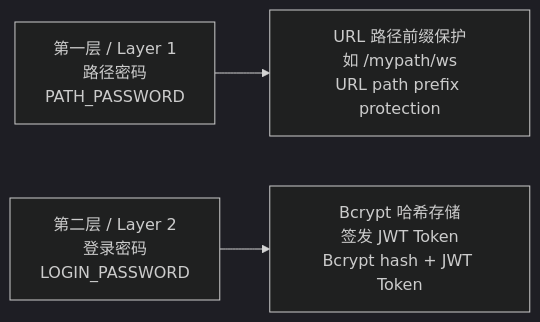
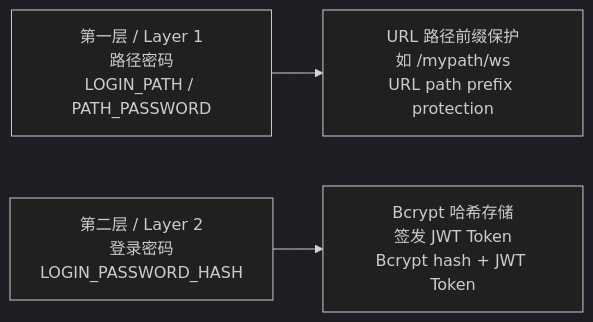
The second of 8 diagrams in docs/architecture/01-overview.md (zhaobokai341/RATFF), drawn with Mermaid (dark theme) before and after one commit. The commit also changed other lines of this file and 4 other files, not shown here.

````diff
--- a/docs/architecture/01-overview.md
+++ b/docs/architecture/01-overview.md
@@ -101,5 +109,5 @@
 ```mermaid
 graph LR
-    A[第一层 / Layer 1<br/>路径密码<br/>PATH_PASSWORD] --> B[URL 路径前缀保护<br/>如 /mypath/ws<br/>URL path prefix protection]
-    C[第二层 / Layer 2<br/>登录密码<br/>LOGIN_PASSWORD] --> D[Bcrypt 哈希存储<br/>签发 JWT Token<br/>Bcrypt hash + JWT Token]
+    A[第一层 / Layer 1<br/>路径密码<br/>LOGIN_PATH / PATH_PASSWORD] --> B[URL 路径前缀保护<br/>如 /mypath/ws<br/>URL path prefix protection]
+    C[第二层 / Layer 2<br/>登录密码<br/>LOGIN_PASSWORD_HASH] --> D[Bcrypt 哈希存储<br/>签发 JWT Token<br/>Bcrypt hash + JWT Token]
 ```
````
